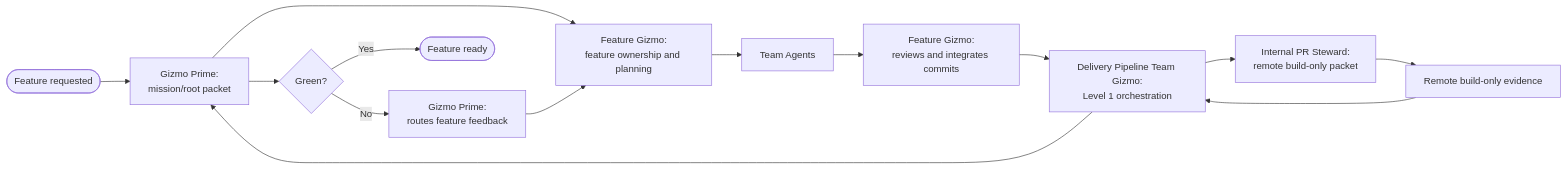
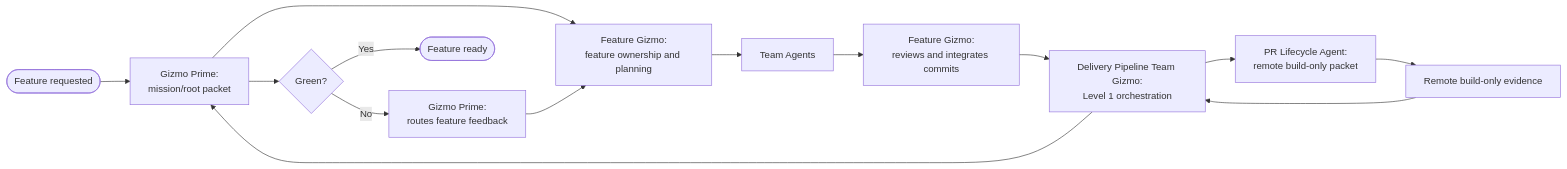
The third of 12 diagrams in .cortex/gizmo-prime/architecture/multiagent-delivery-diagrams.md (meta-secret/nook), drawn with Mermaid before and after one commit. The commit also changed other lines of this file and 45 other files, not shown here.

````diff
--- a/.cortex/gizmo-prime/architecture/multiagent-delivery-diagrams.md
+++ b/.cortex/gizmo-prime/architecture/multiagent-delivery-diagrams.md
@@ -97,19 +121,19 @@
 ```mermaid
 flowchart LR
     Request([Feature requested])
     Prime["Gizmo Prime:<br/>mission/root packet"]
     GizmoPlan["Feature Gizmo:<br/>feature ownership and planning"]
     Teams["Team Agents"]
     GizmoManagement["Feature Gizmo:<br/>reviews and integrates commits"]
     Pipeline["Delivery Pipeline Team Gizmo:<br/>Level 1 orchestration"]
-    Steward["Internal PR Steward:<br/>remote build-only packet"]
+    Steward["PR Lifecycle Agent:<br/>remote build-only packet"]
     Checks["Remote build-only evidence"]
     Green{"Green?"}
     Feedback["Gizmo Prime:<br/>routes feature feedback"]
     Ready([Feature ready])
 
     Request --> Prime --> GizmoPlan --> Teams --> GizmoManagement
     GizmoManagement --> Pipeline --> Steward --> Checks --> Pipeline --> Prime --> Green
     Green -- No --> Feedback --> GizmoPlan
     Green -- Yes --> Ready
 ```
````
